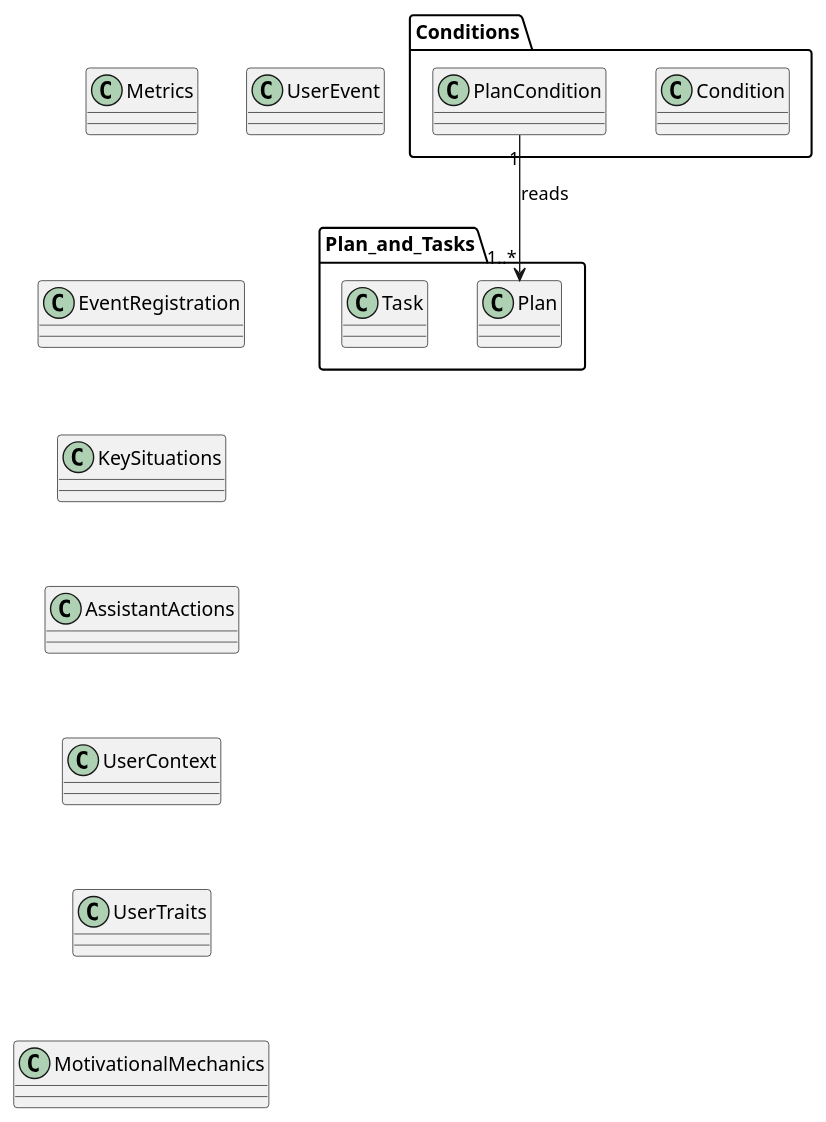
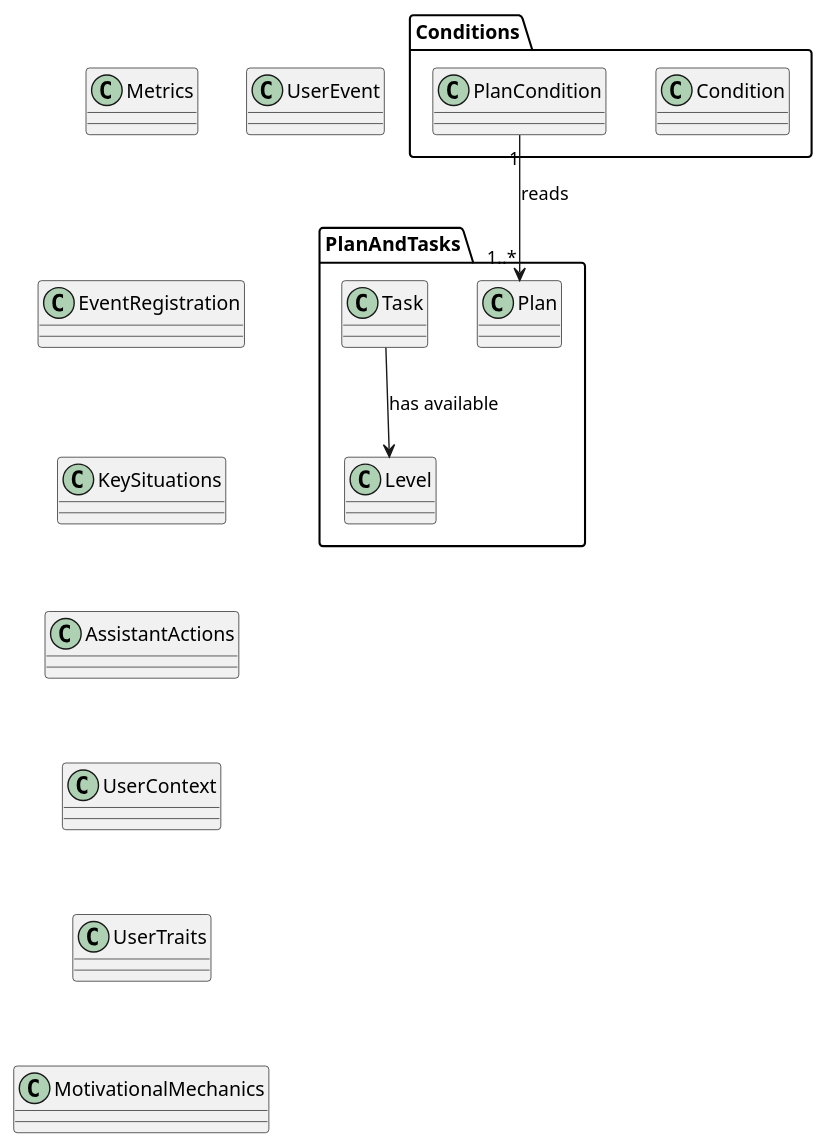
The diagram in UML/relationships.puml (Maks-stack/ontology), drawn with PlantUML before and after one commit. The commit also changed 33 other files, not shown here.

```diff
--- a/UML/relationships.puml
+++ b/UML/relationships.puml
@@ -1,47 +1,48 @@
 @startuml
 Metrics -[hidden]-> EventRegistration
 EventRegistration -[hidden]-> KeySituations
 KeySituations -[hidden]-> AssistantActions
 AssistantActions -[hidden]-> UserContext
 UserContext -[hidden]-> UserTraits
 UserTraits -[hidden]-> MotivationalMechanics
 
 MotivationalMechanics.MotivationalMechanic "1" --> "1..2" UserContext.UserTraitWeight : selected_by
 
-'AssistantActions.AssistantAction --> "0..1" MotivationalMechanics.MotivationalMechanic : toggles
-AssistantActions.AssistantAction --> "0..*" UserContext.User : targets
+AssistantActions.AssistantAction "1" --> "1" MotivationalMechanics.MotivationalMechanic : toggles
+AssistantActions.AssistantAction "1" --> "1..*" UserContext.User : targets
 
 EventRegistration.Event "1..*" --> "0..*" KeySituations.KeySituation : triggers
 
 EventRegistration.Event "1..*" --> "0..*" Metrics.Metric : triggers recalculation
 Metrics.Metric "1" --> "1" EventRegistration.Event   : calculated from
 
 KeySituations.KeySituation "1" --> "0..*" AssistantActions.AssistantAction : triggers
 
 UserContext.UserTraitWeight "1" --> "1..*" UserTraits.UserTrait : references
 UserContext.User "1" --> "1..*" AssistantActions.AssistantAction : receives
 UserContext.User --> Metrics.Metric : has
 
-UserContext.User "1" --> "1" Plan_and_Tasks.Plan : has
+UserContext.User "1" --> "1" PlanAndTasks.Plan : has
 
-EventRegistration.TaskEvent "1" --> "1" Plan_and_Tasks.Task : refers
+EventRegistration.TaskEvent "1" --> "1" PlanAndTasks.Task : refers
+PlanAndTasks.Task --> PlanAndTasks.Level : "has available"
 
 MotivationalMechanics.MotivationalMechanic "1" --> "1" Metrics.Metric : is_determined_by
 
 MotivationalMechanics.Usertrait_Mechanic_Mapping.Level_and_Experience_Point_System_to_Player --> UserTraits.Player : maps
 MotivationalMechanics.Usertrait_Mechanic_Mapping.Level_and_Experience_Point_System_to_Player --> MotivationalMechanics.Level_and_Experience_Point_System : maps
 
 User --> UserEvent : executes
 
 MotivationalMechanics.MotivationalMechanic "1" --> "1" Metrics.Metric : reads
 
 AssistantActions.AssistantAction "1" --> "1..*" Conditions.Condition : has
 
 Conditions.Condition "1" --> "1..*" Metrics.Metric : reads
-Conditions.PlanCondition "1" --> "1..*" Plan_and_Tasks.Plan : reads
+Conditions.PlanCondition "1" --> "1..*" PlanAndTasks.Plan : reads
 
 Conditions.Condition "1" --> "1..*" UserContext.UserTraitWeight : considers
 Conditions.Condition "1" --> "1" UserContext.UserState : considers
 
 MotivationalMechanics.MechanicState --> Metrics.Metric : based on
 @enduml
```
